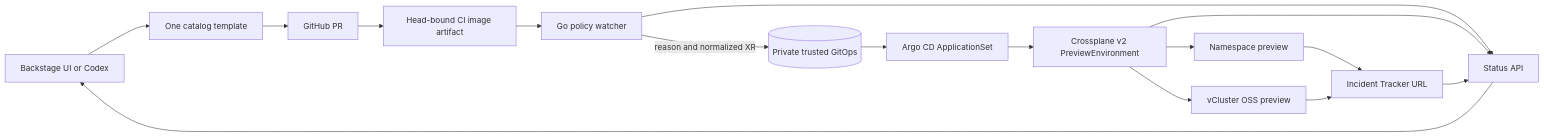
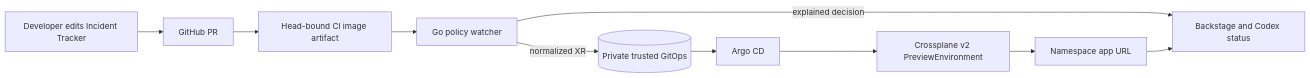
The diagram in docs/demo.md (YASHMAHAKAL/crossplane-preview-platform), drawn with Mermaid before and after one commit. The commit also changed other lines of this file and 19 other files, not shown here.

````diff
--- a/docs/demo.md
+++ b/docs/demo.md
@@ -5,18 +5,12 @@
 ```mermaid
 flowchart LR
-    Person[Backstage UI or Codex] --> Template[One catalog template]
-    Template --> PR[GitHub PR]
+    Edit[Developer edits Incident Tracker] --> PR[GitHub PR]
     PR --> CI[Head-bound CI image artifact]
     CI --> Watcher[Go policy watcher]
-    Watcher -->|reason and normalized XR| GitOps[(Private trusted GitOps)]
-    GitOps --> Argo[Argo CD ApplicationSet]
+    Watcher -->|explained decision| Status[Backstage and Codex status]
+    Watcher -->|normalized XR| GitOps[(Private trusted GitOps)]
+    GitOps --> Argo[Argo CD]
     Argo --> XR[Crossplane v2 PreviewEnvironment]
-    XR --> Namespace[Namespace preview]
-    XR --> VCluster[vCluster OSS preview]
-    Namespace --> App[Incident Tracker URL]
-    VCluster --> App
-    Watcher --> Status[Status API]
-    XR --> Status
+    XR --> App[Namespace app URL]
     App --> Status
-    Status --> Person
 ```
````
